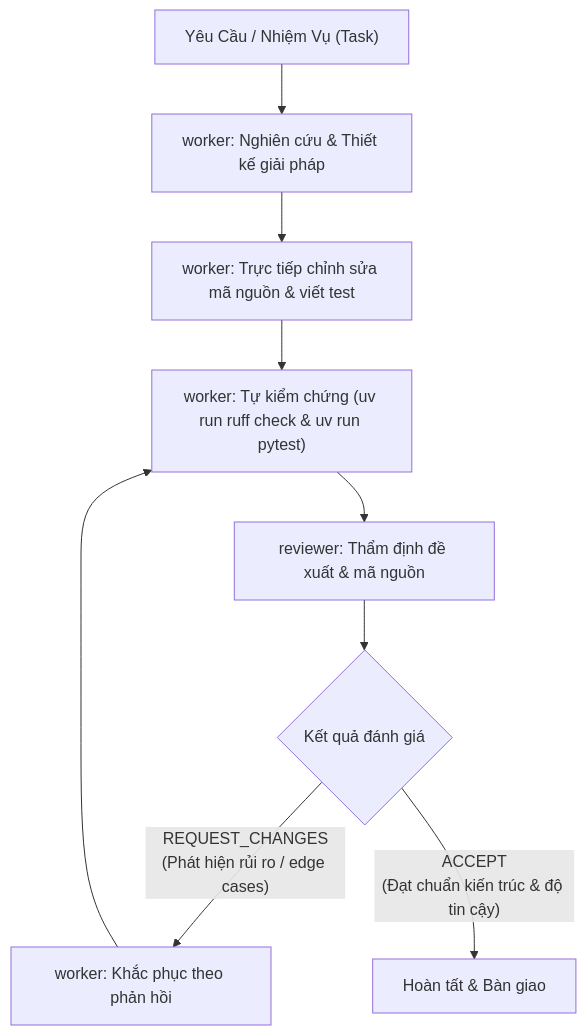
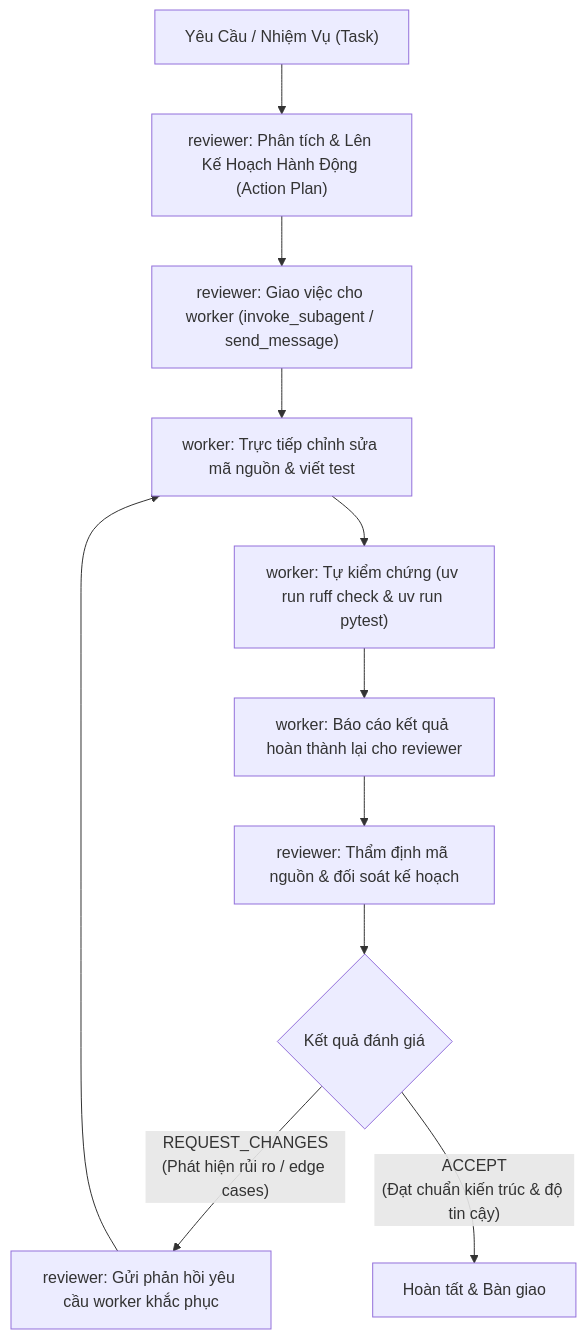
One commit to Lucifer-02/map_miner changed the diagram in AGENTS.md. Above: the diagram before and after it, drawn with Mermaid. The commit also changed other lines of this file and 10 other files, not shown here.

````diff
--- a/AGENTS.md
+++ b/AGENTS.md
@@ -11,11 +11,13 @@
 ```mermaid
 flowchart TD
-    A["Yêu Cầu / Nhiệm Vụ (Task)"] --> B["worker: Nghiên cứu & Thiết kế giải pháp"]
-    B --> C["worker: Trực tiếp chỉnh sửa mã nguồn & viết test"]
-    C --> D["worker: Tự kiểm chứng (uv run ruff check & uv run pytest)"]
-    D --> E["reviewer: Thẩm định đề xuất & mã nguồn"]
-    E --> F{"Kết quả đánh giá"}
-    F -- "REQUEST_CHANGES\n(Phát hiện rủi ro / edge cases)" --> G["worker: Khắc phục theo phản hồi"]
-    G --> D
-    F -- "ACCEPT\n(Đạt chuẩn kiến trúc & độ tin cậy)" --> H["Hoàn tất & Bàn giao"]
+    A["Yêu Cầu / Nhiệm Vụ (Task)"] --> B["reviewer: Phân tích & Lên Kế Hoạch Hành Động (Action Plan)"]
+    B --> C["reviewer: Giao việc cho worker (invoke_subagent / send_message)"]
+    C --> D["worker: Trực tiếp chỉnh sửa mã nguồn & viết test"]
+    D --> E["worker: Tự kiểm chứng (uv run ruff check & uv run pytest)"]
+    E --> F["worker: Báo cáo kết quả hoàn thành lại cho reviewer"]
+    F --> G["reviewer: Thẩm định mã nguồn & đối soát kế hoạch"]
+    G --> H{"Kết quả đánh giá"}
+    H -- "REQUEST_CHANGES\n(Phát hiện rủi ro / edge cases)" --> I["reviewer: Gửi phản hồi yêu cầu worker khắc phục"]
+    I --> D
+    H -- "ACCEPT\n(Đạt chuẩn kiến trúc & độ tin cậy)" --> J["Hoàn tất & Bàn giao"]
 ```
````
